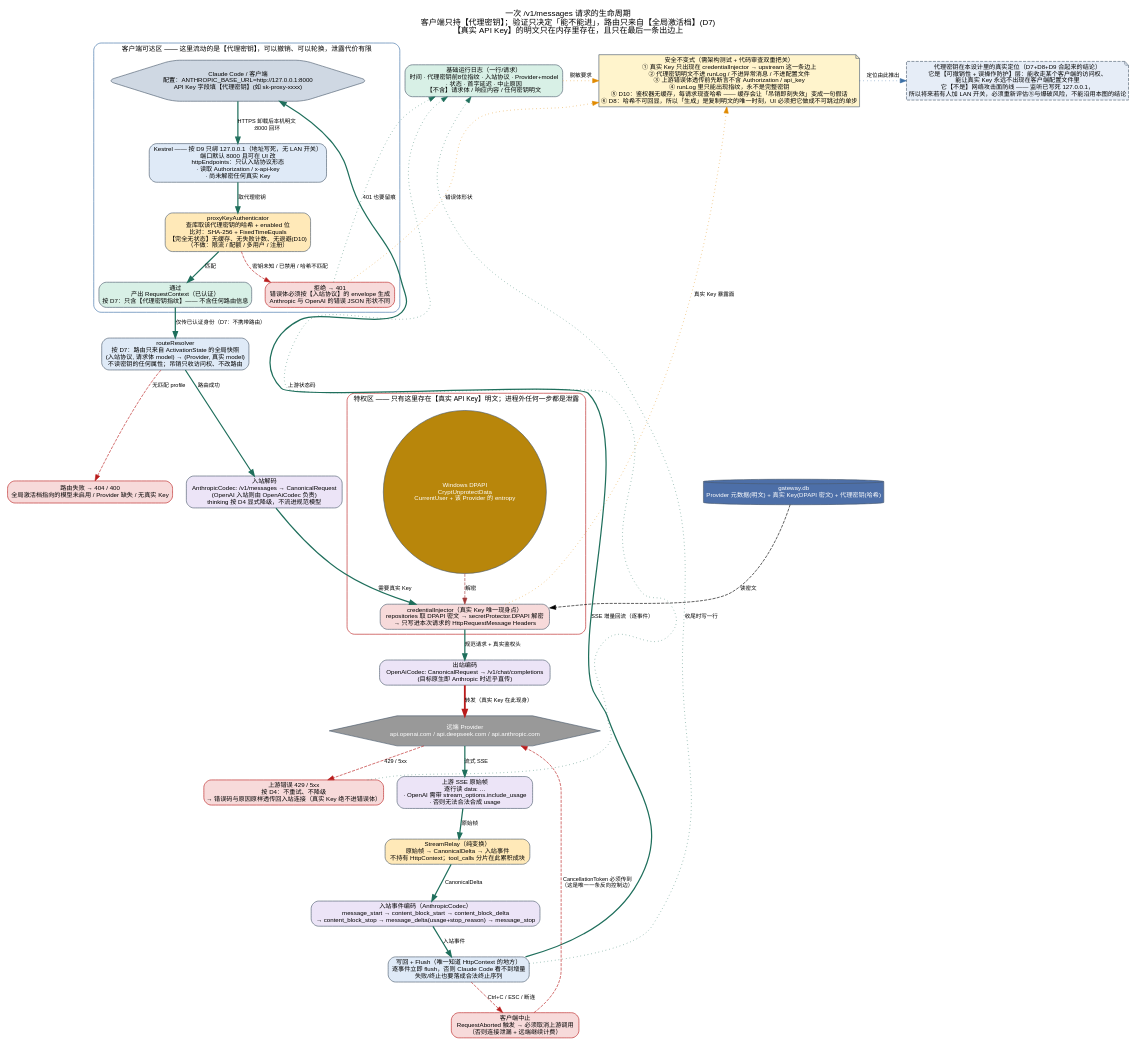
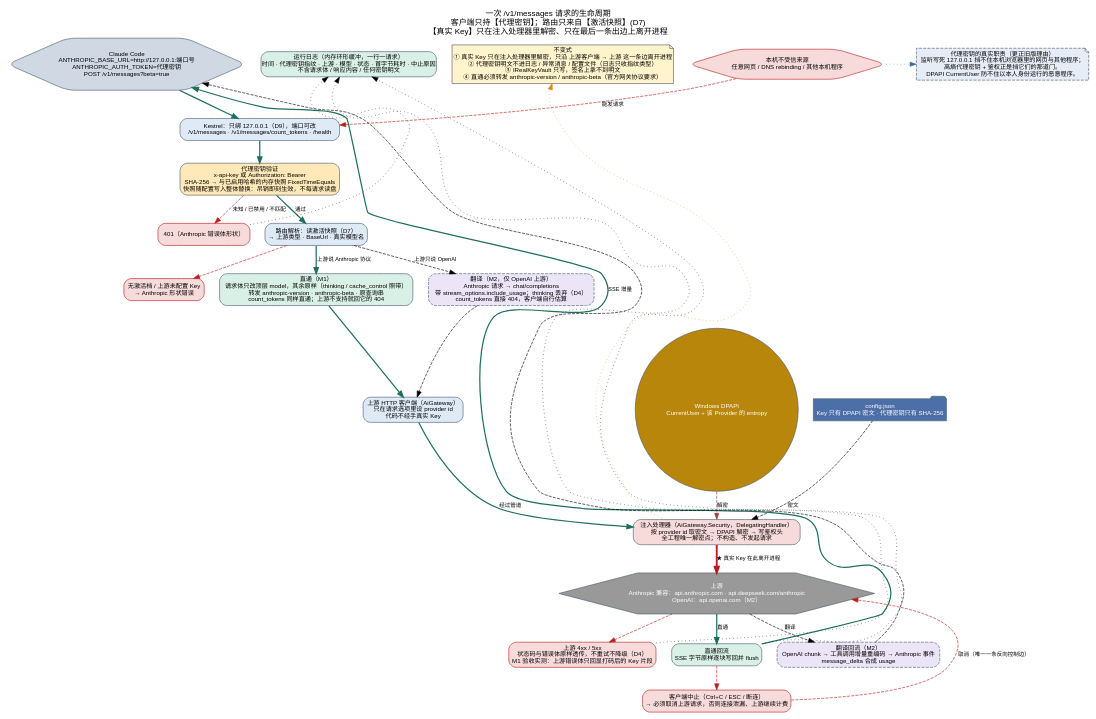
The diagram in docs/architecture/ai-gateway.request-flow.dot (sonder123i/keyhaven), drawn with Graphviz before and after one commit. The commit also changed 8 other files, not shown here.

First line of the commit message:
docs: 按 review 决策重写架构与计划——直通 + 单入站 + JSON + 3+1 项目

```diff
--- a/docs/architecture/ai-gateway.request-flow.dot
+++ b/docs/architecture/ai-gateway.request-flow.dot
@@ -1,128 +1,73 @@
 // ai-gateway.request-flow.dot
-// 单一请求生命周期 —— 代理密钥验证 → 真实 Key 内存替换 → 协议转换 → SSE 回流。
-// 状态：target-state（无代码证据）。红色 = 失败/终止分支，刻意画出来；本系统最危险的两种失败是
-//        (a) 真实 Key 沿"错误透传"或"运行日志"离开进程，(b) 客户端中止没传到上游导致继续计费。
+// 一次 /v1/messages 请求的生命周期（2026-10-15 按 review 决策重写）。
+// 关键变化：路由之后分两条路 —— 上游原生说 Anthropic 协议就直通（只改 model 字段），否则翻译（第二里程碑）。
+// 红色 = 失败 / 终止分支，刻意画出来。
 digraph AiGatewayRequestFlow {
     rankdir=TB;
-    nodesep=0.3;
-    ranksep=0.55;
+    nodesep=0.35;
+    ranksep=0.5;
     fontname="Sans-Serif";
     labelloc=t;
     fontsize=13;
-    label="一次 /v1/messages 请求的生命周期\n客户端只持【代理密钥】；验证只决定「能不能进」，路由只来自【全局激活档】(D7)\n【真实 API Key】的明文只在内存里存在，且只在最后一条出边上";
-    splines=true;
+    label="一次 /v1/messages 请求的生命周期\n客户端只持【代理密钥】；路由只来自【激活快照】(D7)\n【真实 Key】只在注入处理器里解密、只在最后一条出边上离开进程";
 
     node [fontname="Sans-Serif", fontsize=10, shape=box, style="rounded,filled", fillcolor="#f5f7fa", color="#4a5b6c"];
     edge [fontname="Sans-Serif", fontsize=9];
 
-    // ---------- 入站（客户端侧，携带代理密钥） ----------
-    client [label="Claude Code / 客户端\n配置：ANTHROPIC_BASE_URL=http://127.0.0.1:8000\nAPI Key 字段填【代理密钥】(如 sk-proxy-xxxx)",
-            shape=hexagon, fillcolor="#cfd8e3"];
-    ingress [label="Kestrel —— 按 D9 只绑 127.0.0.1（地址写死，无 LAN 开关）\n端口默认 8000 且可在 UI 改\nhttpEndpoints：只认入站协议形态\n· 读取 Authorization / x-api-key\n· 尚未解密任何真实 Key",
-             fillcolor="#dfeaf7"];
+    client [label="Claude Code\nANTHROPIC_BASE_URL=http://127.0.0.1:端口号\nANTHROPIC_AUTH_TOKEN=代理密钥\nPOST /v1/messages?beta=true", shape=hexagon, fillcolor="#cfd8e3"];
+    untrusted [label="本机不受信来源\n任意网页 / DNS rebinding / 其他本机程序", shape=hexagon, fillcolor="#f7dada", color="#b91c1c"];
 
-    // ---------- 代理密钥验证 ----------
-    verify [label="proxyKeyAuthenticator\n查库取该代理密钥的哈希 + enabled 位\n比对：SHA-256 + FixedTimeEquals\n【完全无状态】无缓存、无失败计数、无退避(D10)\n（不做：限流 / 配额 / 多用户 / 注册）",
-            fillcolor="#ffe9b8"];
-    vOk    [label="通过\n产出 RequestContext（已认证）\n按 D7：只含【代理密钥指纹】—— 不含任何路由信息", fillcolor="#d8f0e6"];
-    v401   [label="拒绝 → 401\n错误体必须按【入站协议】的 envelope 生成\nAnthropic 与 OpenAI 的错误 JSON 形状不同",
-            fillcolor="#f7dada", color="#b91c1c"];
+    ingress [label="Kestrel：只绑 127.0.0.1（D9），端口可改\n/v1/messages · /v1/messages/count_tokens · /health", fillcolor="#dfeaf7"];
+    verify  [label="代理密钥验证\nx-api-key 或 Authorization: Bearer\nSHA-256 → 与已启用哈希的内存快照 FixedTimeEquals\n快照随配置写入整体替换：吊销即刻生效，不每请求读盘", fillcolor="#ffe9b8"];
+    v401    [label="401（Anthropic 错误体形状）", fillcolor="#f7dada", color="#b91c1c"];
 
-    // ---------- 路由与激活档 ----------
-    resolve [label="routeResolver\n按 D7：路由只来自 ActivationState 的全局快照\n(入站协议, 请求体 model) → (Provider, 真实 model)\n不读密钥的任何属性；吊销只收访问权、不改路由",
-             fillcolor="#dfeaf7"];
-    rFail   [label="路由失败 → 404 / 400\n全局激活档指向的模型未启用 / Provider 缺失 / 无真实 Key",
-             fillcolor="#f7dada", color="#b91c1c"];
+    resolve [label="路由解析：读激活快照（D7）\n→ 上游类型 · BaseUrl · 真实模型名", fillcolor="#dfeaf7"];
+    rFail   [label="无激活档 / 上游未配置 Key\n→ Anthropic 形状错误", fillcolor="#f7dada", color="#b91c1c"];
 
-    // ---------- 协议转换（入站 → 规范） ----------
-    inDecode [label="入站解码\nAnthropicCodec: /v1/messages → CanonicalRequest\n(OpenAI 入站则由 OpenAiCodec 负责)\nthinking 按 D4 显式降级，不流进规范模型",
-              fillcolor="#ece4f7"];
+    pass    [label="直通（M1）\n请求体只改顶层 model，其余原样（thinking / cache_control 照带）\n转发 anthropic-version · anthropic-beta · 原查询串\ncount_tokens 同样直通；上游不支持就回它的 404", fillcolor="#d8f0e6"];
+    xlate   [label="翻译（M2，仅 OpenAI 上游）\nAnthropic 请求 → chat/completions\n带 stream_options.include_usage；thinking 丢弃（D4）\ncount_tokens 直接 404，客户端自行估算", style="rounded,filled,dashed", fillcolor="#ece4f7"];
 
-    // ---------- 真实 Key 就位（替换点） ----------
-    keyLoad [label="credentialInjector（真实 Key 唯一现身点）\nrepositories 取 DPAPI 密文 → secretProtector.DPAPI 解密\n→ 只写进本次请求的 HttpRequestMessage Headers",
-             fillcolor="#f7dada"];
-    dpapi   [label="Windows DPAPI\nCryptUnprotectData\nCurrentUser + 该 Provider 的 entropy",
-             shape=circle, fillcolor="#b8860b", fontcolor="#ffffff", style=filled];
-    db      [label="gateway.db\nProvider 元数据(明文) + 真实 Key(DPAPI 密文) + 代理密钥(哈希)",
-             shape=cylinder, fillcolor="#4d6fa8", fontcolor="#ffffff", style=filled];
+    client_http [label="上游 HTTP 客户端（AiGateway）\n只在请求选项里设 provider id\n代码不经手真实 Key", fillcolor="#dfeaf7"];
+    inject  [label="注入处理器（AiGateway.Security，DelegatingHandler）\n按 provider id 取密文 → DPAPI 解密 → 写鉴权头\n全工程唯一解密点；不构造、不发起请求", fillcolor="#f7dada"];
+    dpapi   [label="Windows DPAPI\nCurrentUser + 该 Provider 的 entropy", shape=circle, style=filled, fillcolor="#b8860b", fontcolor="#ffffff"];
+    cfg     [label="config.json\nKey 只有 DPAPI 密文 · 代理密钥只有 SHA-256", shape=folder, style=filled, fillcolor="#4d6fa8", fontcolor="#ffffff"];
 
-    // ---------- 出站 ----------
-    outEncode [label="出站编码\nOpenAiCodec: CanonicalRequest → /v1/chat/completions\n(目标原生即 Anthropic 时近乎直传)",
-               fillcolor="#ece4f7"];
-    upstream  [label="远端 Provider\napi.openai.com / api.deepseek.com / api.anthropic.com",
-               shape=hexagon, fillcolor="#999999", fontcolor="#ffffff", style=filled];
-    upstreamErr [label="上游错误 429 / 5xx\n按 D4：不重试、不降级\n→ 错误码与原因原样透传回入站连接（真实 Key 绝不进错误体）",
-                 fillcolor="#f7dada", color="#b91c1c"];
+    upstream [label="上游\nAnthropic 兼容：api.anthropic.com · api.deepseek.com/anthropic\nOpenAI：api.openai.com（M2）", shape=hexagon, style=filled, fillcolor="#999999", fontcolor="#ffffff"];
+    upErr   [label="上游 4xx / 5xx\n状态码与错误体原样透传，不重试不降级（D4）\nM1 验收实测：上游错误体只回显打码后的 Key 片段", fillcolor="#f7dada", color="#b91c1c"];
 
-    // ---------- 流式回流 ----------
-    sseIn   [label="上游 SSE 原始帧\n逐行读 data: …\n· OpenAI 需带 stream_options.include_usage\n· 否则无法合法合成 usage",
-             fillcolor="#ece4f7"];
-    relay   [label="StreamRelay（纯变换）\n原始帧 → CanonicalDelta → 入站事件\n不持有 HttpContext；tool_calls 分片在此累积成块",
-             fillcolor="#ffe9b8"];
-    inEncode [label="入站事件编码（AnthropicCodec）\nmessage_start → content_block_start → content_block_delta\n→ content_block_stop → message_delta(usage+stop_reason) → message_stop",
-              fillcolor="#ece4f7"];
-    flush   [label="写回 + Flush（唯一知道 HttpContext 的地方）\n逐事件立即 flush，否则 Claude Code 看不到增量\n失败/终止也要落成合法终止序列",
-             fillcolor="#dfeaf7"];
+    passBack [label="直通回流\nSSE 字节原样逐块写回并 flush", fillcolor="#d8f0e6"];
+    xlateBack [label="翻译回流（M2）\nOpenAI chunk → 工具调用增量重编码 → Anthropic 事件\nmessage_delta 合成 usage", style="rounded,filled,dashed", fillcolor="#ece4f7"];
+    abort   [label="客户端中止（Ctrl+C / ESC / 断连）\n→ 必须取消上游请求，否则连接泄漏、上游继续计费", fillcolor="#f7dada", color="#b91c1c"];
+    runLog  [label="运行日志（内存环形缓冲，一行一请求）\n时间 · 代理密钥指纹 · 上游 · 模型 · 状态 · 首字节耗时 · 中止原因\n不含请求体 / 响应内容 / 任何密钥明文", fillcolor="#d8f0e6"];
 
-    // ---------- 终止分支 ----------
-    abort   [label="客户端中止\nRequestAborted 触发 → 必须取消上游调用\n（否则连接泄漏 + 远端继续计费）",
-             fillcolor="#f7dada", color="#b91c1c"];
+    guard [label="不变式\n① 真实 Key 只在注入处理器里解密，只沿 上游客户端 → 上游 这一条边离开进程\n② 代理密钥明文不进日志 / 异常消息 / 配置文件（日志只收指纹类型）\n③ IRealKeyVault 只写，签名上拿不到明文\n④ 直通必须转发 anthropic-version / anthropic-beta（官方网关协议要求）", shape=note, style="rounded,filled", fillcolor="#fff4cc"];
+    threat [label="代理密钥的真实职责（更正旧版理由）\n监听写死 127.0.0.1 挡不住本机浏览器里的网页与其他程序；\n高熵代理密钥 + 鉴权正是挡它们的那道门。\nDPAPI CurrentUser 防不住以本人身份运行的恶意程序。", shape=note, style="rounded,filled,dashed", fillcolor="#e6edf7"];
 
-    // ---------- 日志与安全边界 ----------
-    runLog  [label="基础运行日志（一行/请求）\n时间 · 代理密钥前8位指纹 · 入站协议 · Provider+model\n· 状态 · 首字延迟 · 中止原因\n【不含】请求体 / 响应内容 / 任何密钥明文",
-             fillcolor="#d8f0e6"];
+    client -> ingress [color="#1f6f5c", penwidth=2];
+    untrusted -> ingress [color="#b91c1c", style=dashed, label="能发请求"];
+    ingress -> verify [color="#1f6f5c", penwidth=2];
+    verify -> resolve [label="通过", color="#1f6f5c", penwidth=2];
+    verify -> v401 [label="未知 / 已禁用 / 不匹配", color="#b91c1c", style=dashed];
+    resolve -> pass [label="上游说 Anthropic 协议", color="#1f6f5c", penwidth=2];
+    resolve -> xlate [label="上游只说 OpenAI", style=dashed];
+    resolve -> rFail [color="#b91c1c", style=dashed];
+    pass -> client_http [color="#1f6f5c", penwidth=2];
+    xlate -> client_http [style=dashed];
+    client_http -> inject [label="经过管道", color="#1f6f5c", penwidth=2];
+    cfg -> inject [label="密文", style=dashed];
+    dpapi -> inject [label="解密", style=dashed, color="#a33b3b"];
+    inject -> upstream [label="★ 真实 Key 在此离开进程", color="#b91c1c", penwidth=3];
+    upstream -> passBack [label="直通", color="#1f6f5c", penwidth=2];
+    upstream -> xlateBack [label="翻译", style=dashed];
+    upstream -> upErr [color="#b91c1c", style=dashed];
+    passBack -> client [label="SSE 增量", color="#1f6f5c", penwidth=2, constraint=false];
+    xlateBack -> client [style=dashed, constraint=false];
+    passBack -> abort [color="#b91c1c", style=dashed];
+    abort -> upstream [label="取消（唯一一条反向控制边）", color="#b91c1c", style=dashed, constraint=false];
 
-    guard [label="安全不变式（需架构测试 + 代码审查双重把关）\n① 真实 Key 只出现在 credentialInjector → upstream 这一条边上\n② 代理密钥明文不进 runLog / 不进异常消息 / 不进配置文件\n③ 上游错误体透传前先断言不含 Authorization / api_key\n④ runLog 里只能出现指纹，永不是完整密钥\n⑤ D10：鉴权器无缓存，每请求现查哈希 —— 缓存会让「吊销即刻失效」变成一句假话\n⑥ D8：哈希不可回显，所以「生成」是复制明文的唯一时刻，UI 必须把它做成不可跳过的单步",
-           shape=note, fillcolor="#fff4cc", style="rounded,filled"];
-
-    threat [label="代理密钥在本设计里的真实定位（D7+D8+D9 合起来的结论）\n它是【可撤销性 + 误操作防护】层：能收走某个客户端的访问权、\n能让真实 Key 永远不出现在客户端配置文件里\n它【不是】网络攻击面防线 —— 监听已写死 127.0.0.1，\n所以将来若有人加 LAN 开关，必须重新评估⑤与爆破风险，不能沿用本图的结论",
-             shape=note, style="rounded,filled,dashed", fillcolor="#e6edf7"];
-
-    // ---------- 主路径 ----------
-    client    -> ingress   [label="HTTPS 卸载后本机明文\n:8000 回环", color="#1f6f5c", penwidth=2];
-    ingress   -> verify    [label="取代理密钥", color="#1f6f5c", penwidth=2];
-    verify    -> vOk       [label="匹配", color="#1f6f5c", penwidth=2];
-    vOk       -> resolve   [label="仅传已认证身份（D7：不携带路由）", color="#1f6f5c", penwidth=2];
-    resolve   -> inDecode  [label="路由成功", color="#1f6f5c", penwidth=2];
-    inDecode  -> keyLoad   [label="需要真实 Key", color="#1f6f5c", penwidth=2];
-    keyLoad   -> outEncode [label="规范请求 + 真实鉴权头", color="#1f6f5c", penwidth=2];
-    outEncode -> upstream  [label="转发（真实 Key 在此现身）", color="#b91c1c", penwidth=3];
-    upstream  -> sseIn     [label="流式 SSE", color="#1f6f5c", penwidth=2];
-    sseIn     -> relay     [label="原始帧", color="#1f6f5c", penwidth=2];
-    relay     -> inEncode  [label="CanonicalDelta", color="#1f6f5c", penwidth=2];
-    inEncode  -> flush     [label="入站事件", color="#1f6f5c", penwidth=2];
-    flush     -> client    [label="SSE 增量回流（逐事件）", color="#1f6f5c", penwidth=2, constraint=false];
-
-    // ---------- 数据访问 ----------
-    db  -> keyLoad  [label="读密文", style=dashed];
-    dpapi -> keyLoad [label="解密", style=dashed, color="#a33b3b"];
-
-    // ---------- 失败分支（不是 happy path 的一部分，但必须存在） ----------
-    verify  -> v401   [label="密钥未知 / 已禁用 / 哈希不匹配", color="#b91c1c", style=dashed];
-    resolve -> rFail  [label="无匹配 profile", color="#b91c1c", style=dashed];
-    upstream -> upstreamErr [label="429 / 5xx", color="#b91c1c", style=dashed];
-    flush   -> abort  [label="Ctrl+C / ESC / 断连", color="#b91c1c", style=dashed];
-    abort   -> upstream [label="CancellationToken 必须传到\n（这是唯一一条反向控制边）", color="#b91c1c", style=dashed];
-
-    // ---------- 日志与不变式（横向关系，不参与布局分层） ----------
-    flush     -> runLog [label="收尾时写一行", style=dotted, color="#1f6f5c", constraint=false];
-    v401      -> runLog [label="401 也要留痕", style=dotted, color="#1f6f5c", constraint=false];
-    upstreamErr -> runLog [label="上游状态码", style=dotted, color="#1f6f5c", constraint=false];
-    keyLoad   -> guard  [label="真实 Key 暴露面", style=dotted, color="#e08a00", constraint=false];
-    runLog    -> guard  [label="脱敏要求", style=dotted, color="#e08a00", constraint=false];
-    v401      -> guard  [label="错误体形状", style=dotted, color="#e08a00", constraint=false];
-    guard     -> threat [label="定位由此推出", style=dotted, color="#3a6ea5", constraint=false];
-
-    // ---------- 信任边界（必须显式命名） ----------
-    subgraph cluster_client_side {
-        label="客户端可达区 —— 这里流动的是【代理密钥】，可以撤销、可以轮换，泄露代价有限";
-        style=rounded; color="#3a6ea5"; fontsize=11;
-        client; ingress; verify; vOk; v401;
-    }
-
-    subgraph cluster_privileged {
-        label="特权区 —— 只有这里存在【真实 API Key】明文；进程外任何一步都是泄露";
-        style=rounded; color="#b91c1c"; fontsize=11;
-        keyLoad; dpapi;
-    }
+    passBack -> runLog [style=dotted, constraint=false];
+    v401 -> runLog [style=dotted, constraint=false];
+    upErr -> runLog [style=dotted, constraint=false];
+    inject -> guard [style=dotted, color="#e08a00", constraint=false];
+    untrusted -> threat [style=dotted, color="#3a6ea5", constraint=false];
 }
```
